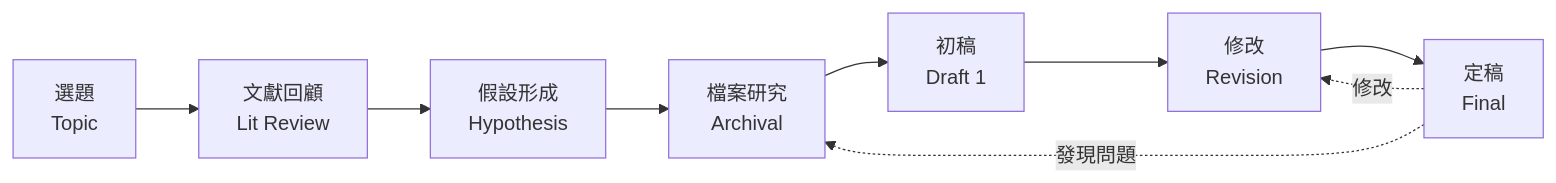
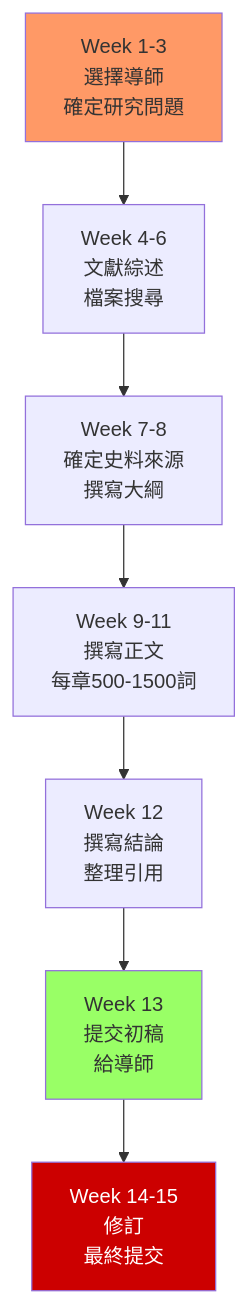
The diagram in 01_HKU_Courses/HIST4023_History_Research_Project.md (yip-lgtm/HKU-Harvard-History-Self-Study), drawn with Mermaid before and after one commit. The commit also changed other lines of this file and 25 other files, not shown here.

````diff
--- a/01_HKU_Courses/HIST4023_History_Research_Project.md
+++ b/01_HKU_Courses/HIST4023_History_Research_Project.md
@@ -127,11 +72,13 @@
 ```mermaid
-flowchart LR
-    A[選題<br/>Topic] --> B[文獻回顧<br/>Lit Review]
-    B --> C[假設形成<br/>Hypothesis]
-    C --> D[檔案研究<br/>Archival]
-    D --> E[初稿<br/>Draft 1]
-    E --> F[修改<br/>Revision]
-    F --> G[定稿<br/>Final]
-    G -.->|發現問題| D
-    G -.->|修改| F
+flowchart TD
+    A[Week 1-3<br/>選擇導師<br/>確定研究問題] --> B[Week 4-6<br/>文獻綜述<br/>檔案搜尋]
+    B --> C[Week 7-8<br/>確定史料來源<br/>撰寫大綱]
+    C --> D[Week 9-11<br/>撰寫正文<br/>每章500-1500詞]
+    D --> E[Week 12<br/>撰寫結論<br/>整理引用]
+    E --> F[Week 13<br/>提交初稿<br/>給導師]
+    F --> G[Week 14-15<br/>修訂<br/>最終提交]
+    
+    style A fill:#f96
+    style F fill:#9f6
+    style G fill:#c00,color:#fff
 ```
````
